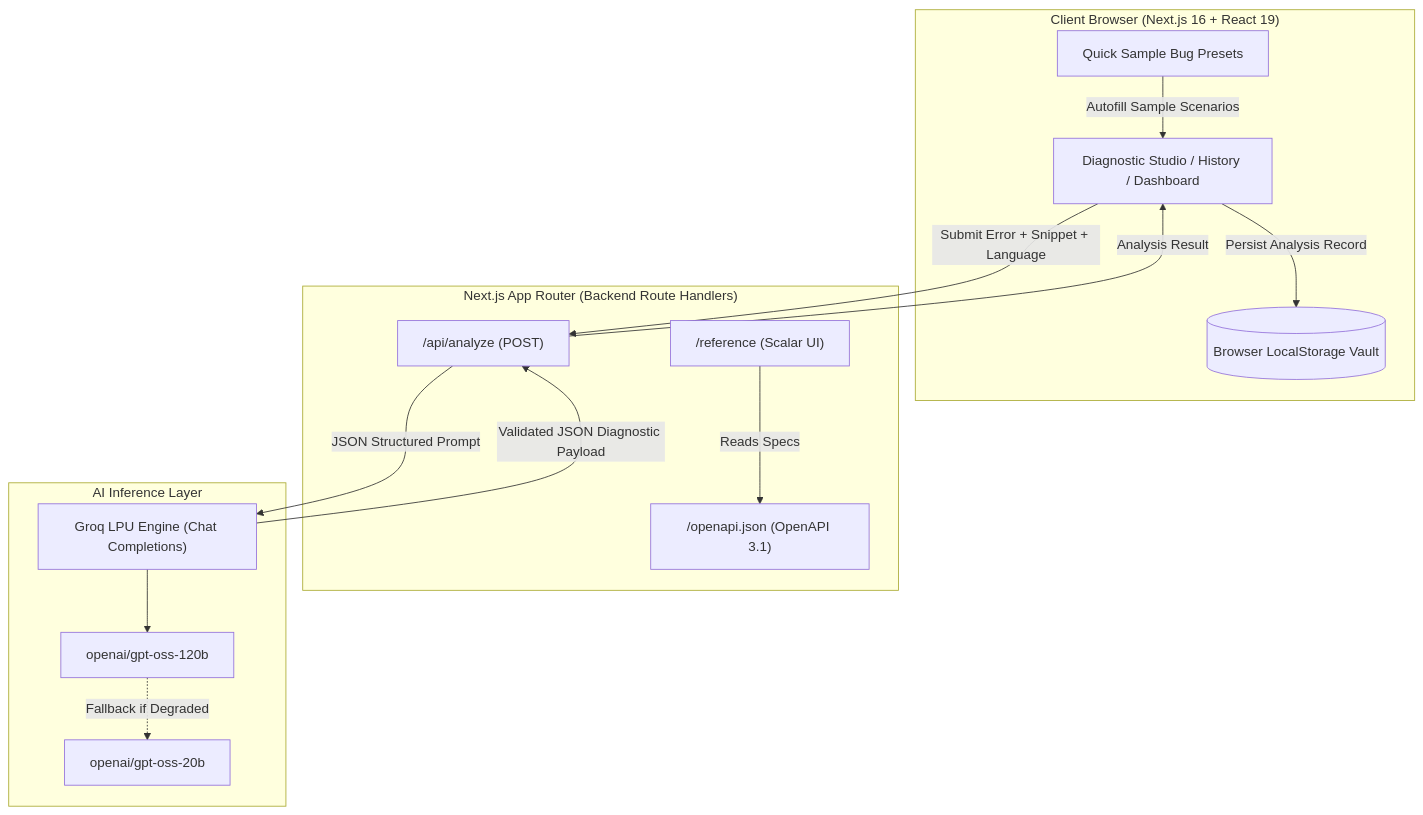
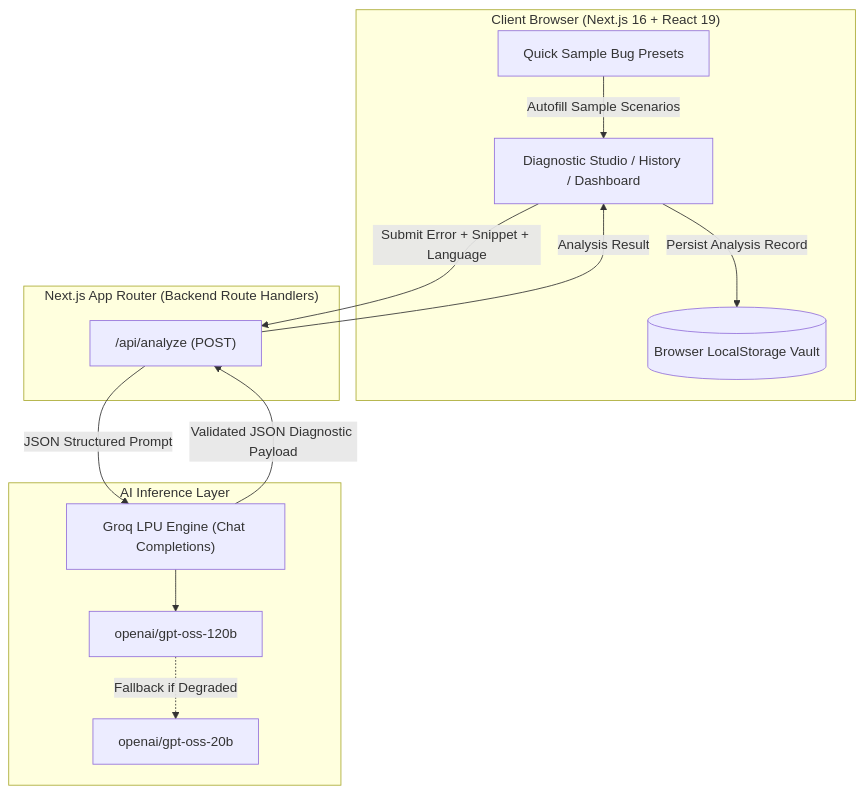
One commit to mohammad-faysal-dev/Bug-Sence changed the diagram in README.md. Above: the diagram before and after it, drawn with Mermaid. The commit also changed other lines of this file and 4 other files, not shown here.

Commit message:
chore: remove API reference and Scalar dependency

````diff
--- a/README.md
+++ b/README.md
@@ -99,30 +92,27 @@
 ```mermaid
 flowchart TD
     subgraph Client ["Client Browser (Next.js 16 + React 19)"]
         UI["Diagnostic Studio / History / Dashboard"]
         Presets["Quick Sample Bug Presets"]
         Storage[("Browser LocalStorage Vault")]
     end
 
     subgraph API ["Next.js App Router (Backend Route Handlers)"]
         AnalyzeEndpoint["/api/analyze (POST)"]
-        ScalarEndpoint["/reference (Scalar UI)"]
-        OpenAPISpec["/openapi.json (OpenAPI 3.1)"]
     end
 
     subgraph Engine ["AI Inference Layer"]
         GroqAPI["Groq LPU Engine (Chat Completions)"]
         ModelPrimary["openai/gpt-oss-120b"]
         ModelFallback["openai/gpt-oss-20b"]
     end
 
     UI -->|"Submit Error + Snippet + Language"| AnalyzeEndpoint
     Presets -->|"Autofill Sample Scenarios"| UI
     AnalyzeEndpoint -->|"JSON Structured Prompt"| GroqAPI
     GroqAPI --> ModelPrimary
     ModelPrimary -.->|"Fallback if Degraded"| ModelFallback
     GroqAPI -->|"Validated JSON Diagnostic Payload"| AnalyzeEndpoint
     AnalyzeEndpoint -->|"Analysis Result"| UI
     UI -->|"Persist Analysis Record"| Storage
-    ScalarEndpoint -->|"Reads Specs"| OpenAPISpec
 ```
````
